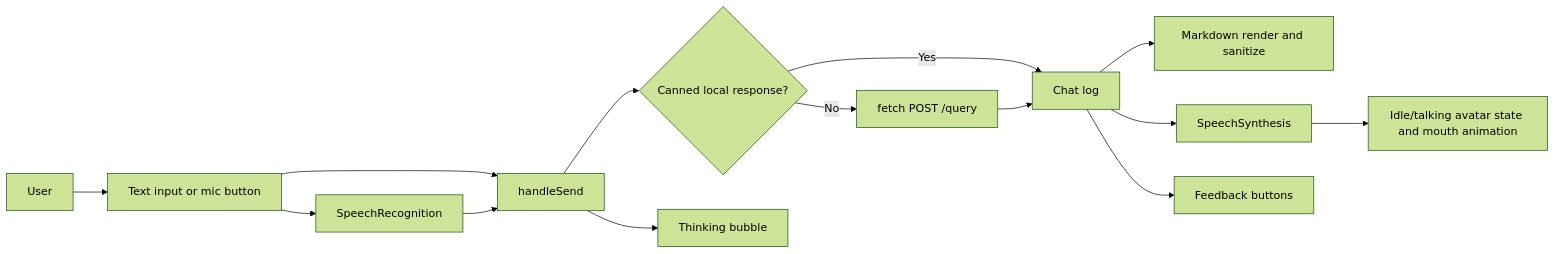
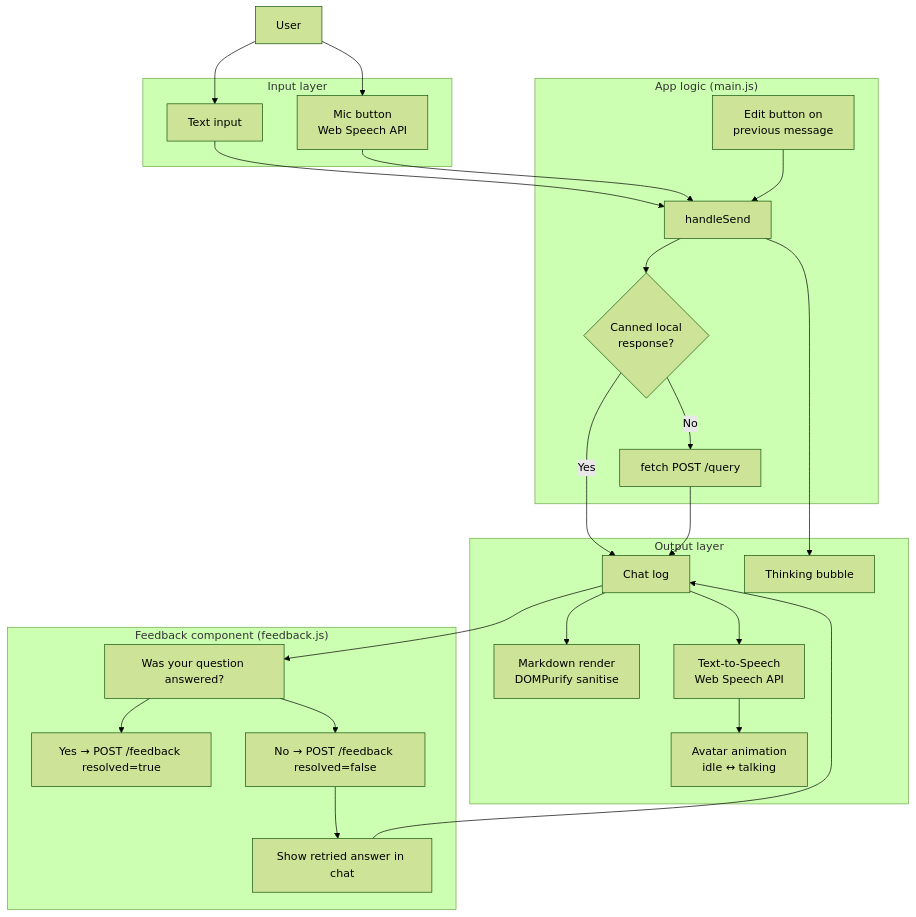
The eighth of 9 diagrams in SYSTEM_DIAGRAM.md (EmmanuelAdio/PartD_GroupProject), drawn with Mermaid (forest theme) before and after one commit. The commit also changed other lines of this file, not shown here.

Commit message:
fixed up system diagram

````diff
--- a/SYSTEM_DIAGRAM.md
+++ b/SYSTEM_DIAGRAM.md
@@ -229,29 +358,52 @@
 ```mermaid
-flowchart LR
+flowchart TD
     USER[User]
-    INPUT[Text input or mic button]
-    STT[SpeechRecognition]
-    SEND[handleSend]
-    CANNED{Canned local response?}
-    FETCH[fetch POST /query]
-    CHAT[Chat log]
-    RENDER[Markdown render and sanitize]
-    TTS[SpeechSynthesis]
-    AVATAR[Idle/talking avatar state and mouth animation]
-    THINK[Thinking bubble]
-    FEED[Feedback buttons]
 
-    USER --> INPUT
-    INPUT --> STT
-    INPUT --> SEND
-    STT --> SEND
+    subgraph Input["Input layer"]
+        TXT[Text input]
+        MIC[Mic button\nWeb Speech API]
+    end
+
+    subgraph Logic["App logic (main.js)"]
+        SEND[handleSend]
+        CANNED{Canned local\nresponse?}
+        FETCH[fetch POST /query]
+        EDIT[Edit button on\nprevious message]
+    end
+
+    subgraph Output["Output layer"]
+        CHAT[Chat log]
+        THINK[Thinking bubble]
+        RENDER[Markdown render\nDOMPurify sanitise]
+        TTS[Text-to-Speech\nWeb Speech API]
+        AV[Avatar animation\nidle ↔ talking]
+    end
+
+    subgraph FeedbackUI["Feedback component (feedback.js)"]
+        FROW["Was your question answered?"]
+        YES[Yes → POST /feedback resolved=true]
+        NO[No → POST /feedback resolved=false]
+        RETRY[Show retried answer in chat]
+    end
+
+    USER --> TXT
+    USER --> MIC
+    TXT --> SEND
+    MIC --> SEND
     SEND --> THINK
     SEND --> CANNED
     CANNED -->|Yes| CHAT
     CANNED -->|No| FETCH
     FETCH --> CHAT
+    EDIT --> SEND
+
     CHAT --> RENDER
-    CHAT --> FEED
     CHAT --> TTS
-    TTS --> AVATAR
+    CHAT --> FROW
+    TTS --> AV
+
+    FROW --> YES
+    FROW --> NO
+    NO --> RETRY
+    RETRY --> CHAT
 ```
````
